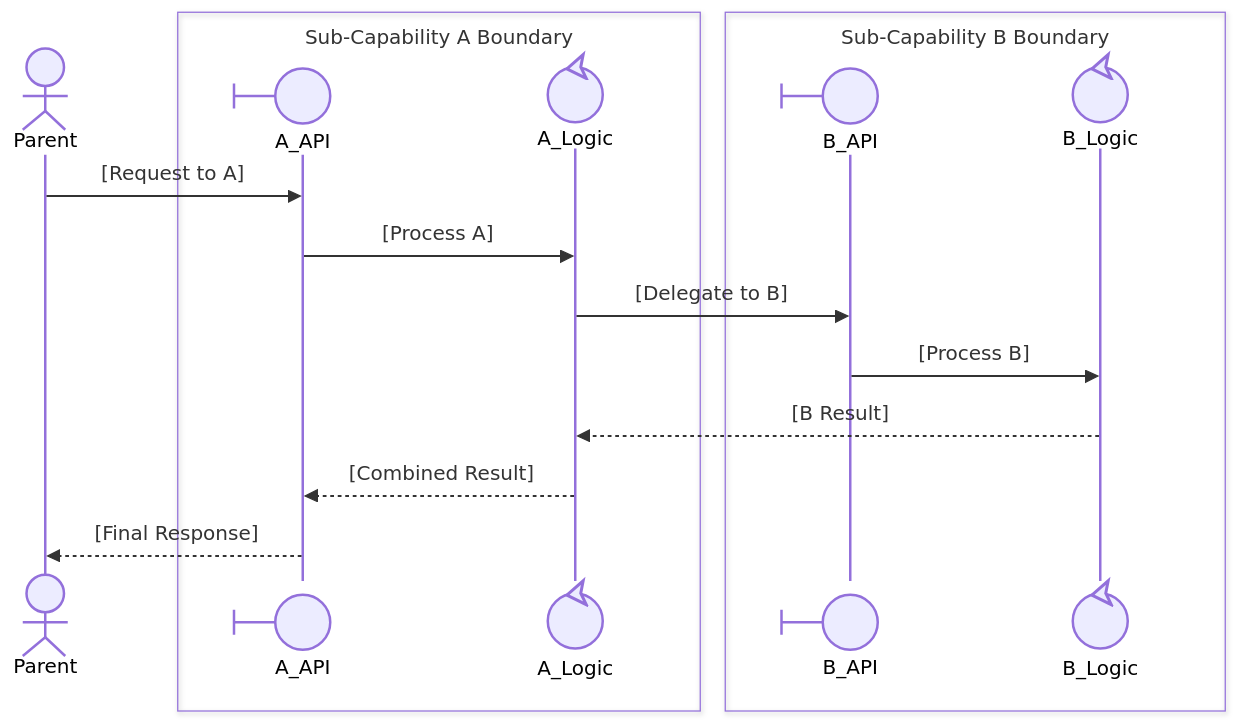
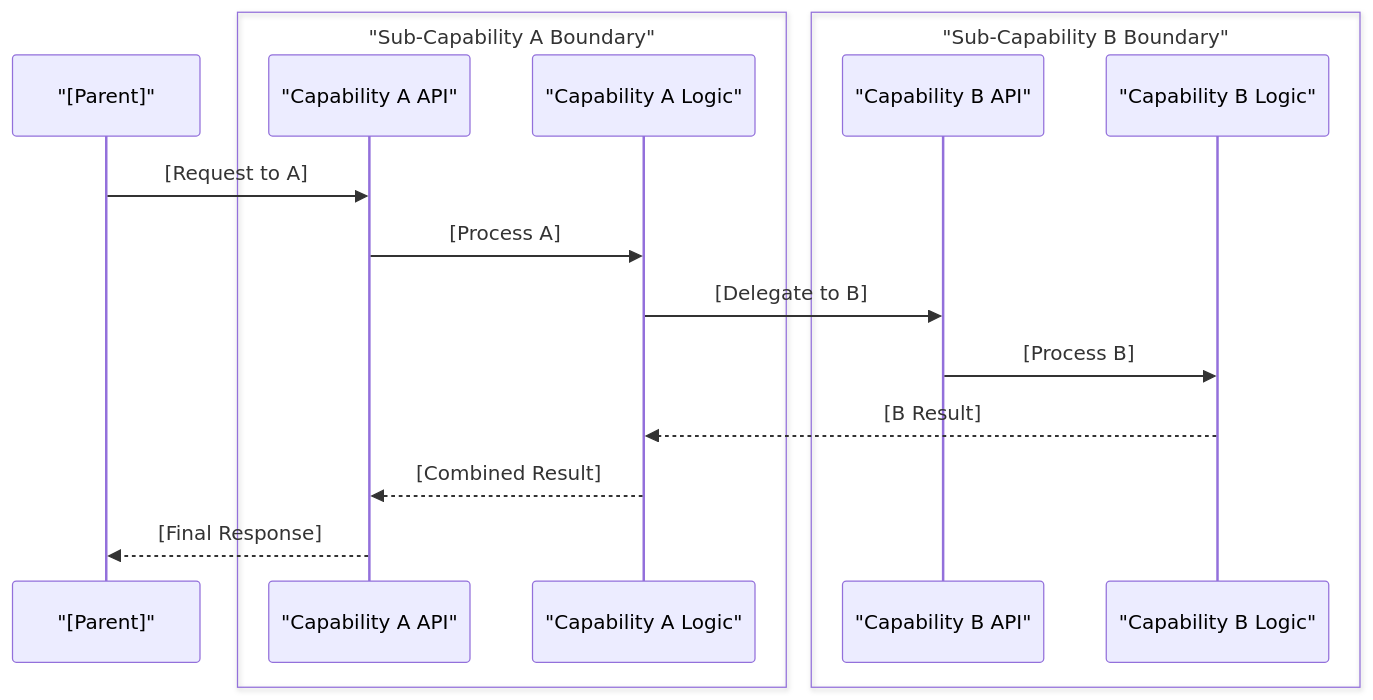
Before and after one commit to zhongadamwang/AI_Slowcooker: the third of 6 diagrams in .github/skills/hierarchy-management/references/decomposition-patterns.md, drawn with Mermaid. The commit also changed other lines of this file and 6 other files, not shown here.

````diff
--- a/.github/skills/hierarchy-management/references/decomposition-patterns.md
+++ b/.github/skills/hierarchy-management/references/decomposition-patterns.md
@@ -97,22 +99,23 @@
 ```mermaid
 sequenceDiagram
-    participant Parent@{ "type": "actor", "label": "[Parent]" }
+    %% Stereotypes: Parent=actor | A_API=boundary, A_Logic=control | B_API=boundary, B_Logic=control
+    participant Parent as "[Parent]"
 
-    box Sub-Capability A Boundary
-        participant A_API@{ "type": "boundary", "label": "Capability A API" }
-        participant A_Logic@{ "type": "control", "label": "Capability A Logic" }
+    box "Sub-Capability A Boundary"
+        participant A_API as "Capability A API"
+        participant A_Logic as "Capability A Logic"
     end
 
-    box Sub-Capability B Boundary
-        participant B_API@{ "type": "boundary", "label": "Capability B API" }
-        participant B_Logic@{ "type": "control", "label": "Capability B Logic" }
+    box "Sub-Capability B Boundary"
+        participant B_API as "Capability B API"
+        participant B_Logic as "Capability B Logic"
     end
 
     Parent->>A_API: [Request to A]
     A_API->>A_Logic: [Process A]
     A_Logic->>B_API: [Delegate to B]
     B_API->>B_Logic: [Process B]
     B_Logic-->>A_Logic: [B Result]
     A_Logic-->>A_API: [Combined Result]
     A_API-->>Parent: [Final Response]
 ```
````
